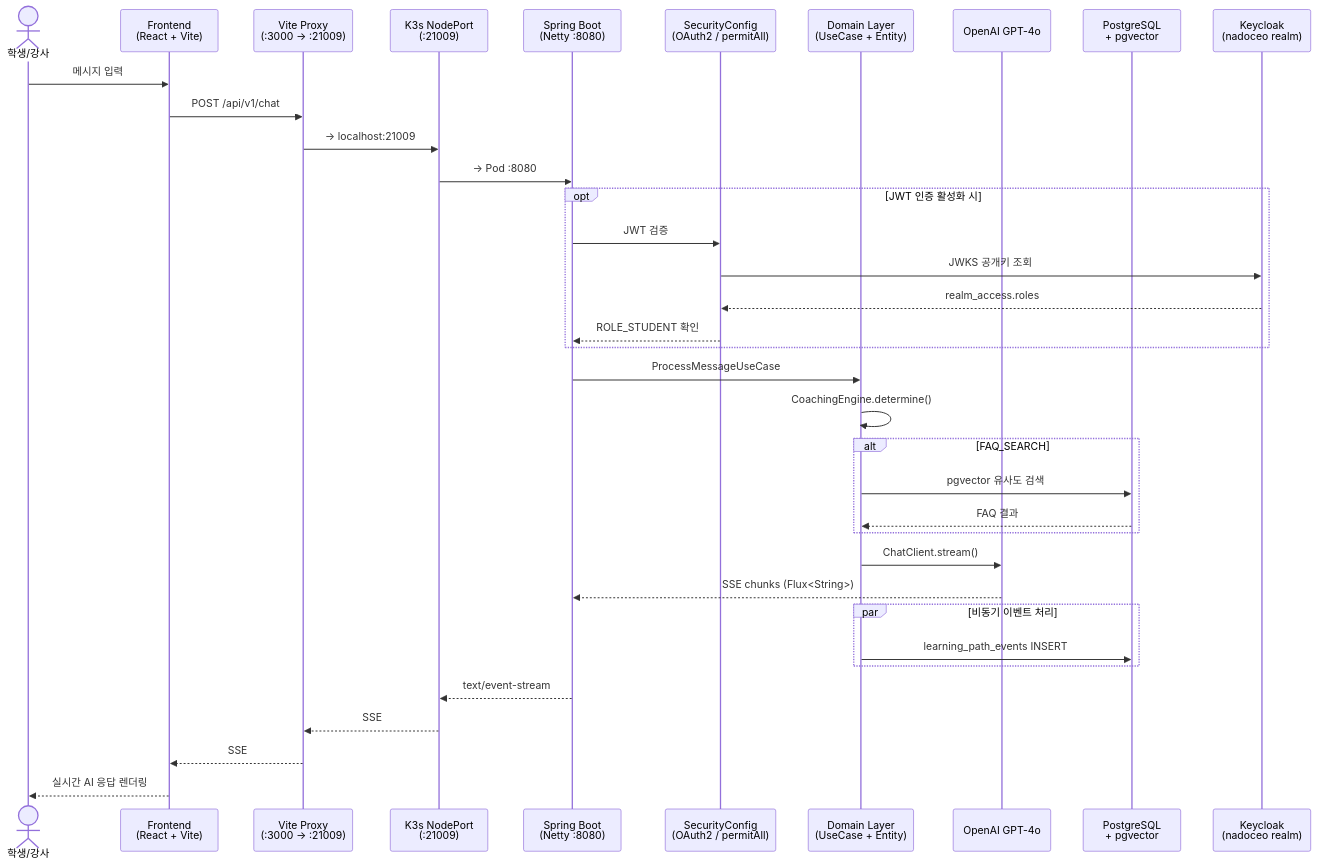
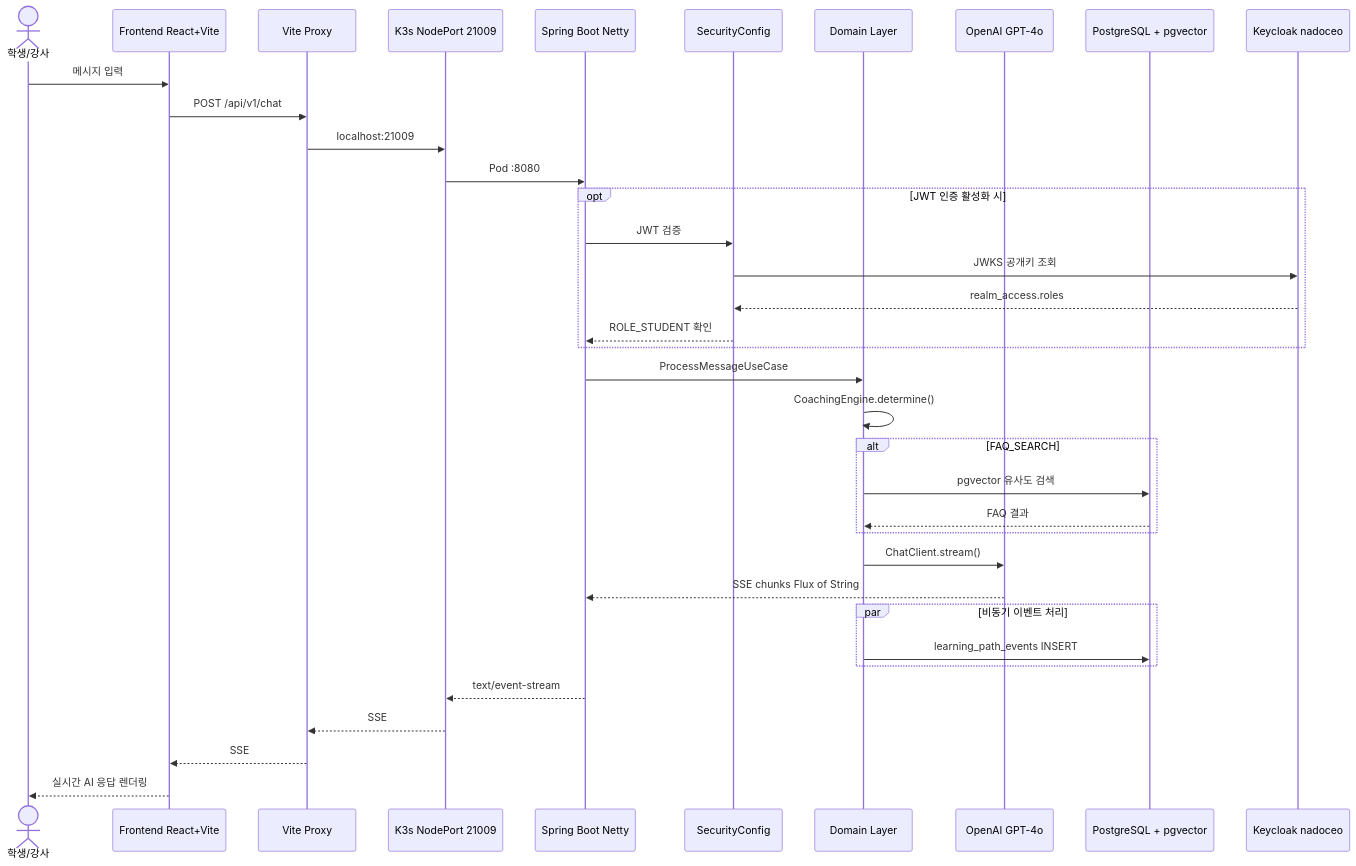
The seventh of 8 diagrams in docs/sequence-diagrams.md (kimuragen23/nadoCEO_BE), drawn with Mermaid before and after one commit. The commit also changed other lines of this file, not shown here.

First line of the commit message:
fix: Mermaid 시퀀스 다이어그램 렌더링 오류 수정

````diff
--- a/docs/sequence-diagrams.md
+++ b/docs/sequence-diagrams.md
@@ -268,45 +268,45 @@
 ```mermaid
 sequenceDiagram
     actor User as 학생/강사
-    participant FE as Frontend<br/>(React + Vite)
-    participant Proxy as Vite Proxy<br/>(:3000 → :21009)
-    participant K3s as K3s NodePort<br/>(:21009)
-    participant Boot as Spring Boot<br/>(Netty :8080)
-    participant Security as SecurityConfig<br/>(OAuth2 / permitAll)
-    participant Domain as Domain Layer<br/>(UseCase + Entity)
+    participant FE as Frontend React+Vite
+    participant Proxy as Vite Proxy
+    participant K3s as K3s NodePort 21009
+    participant Boot as Spring Boot Netty
+    participant Security as SecurityConfig
+    participant Domain as Domain Layer
     participant AI as OpenAI GPT-4o
-    participant PG as PostgreSQL<br/>+ pgvector
-    participant KC as Keycloak<br/>(nadoceo realm)
+    participant PG as PostgreSQL + pgvector
+    participant KC as Keycloak nadoceo
 
     User->>FE: 메시지 입력
     FE->>Proxy: POST /api/v1/chat
-    Proxy->>K3s: → localhost:21009
-    K3s->>Boot: → Pod :8080
+    Proxy->>K3s: localhost:21009
+    K3s->>Boot: Pod :8080
 
     opt JWT 인증 활성화 시
         Boot->>Security: JWT 검증
         Security->>KC: JWKS 공개키 조회
         KC-->>Security: realm_access.roles
         Security-->>Boot: ROLE_STUDENT 확인
     end
 
     Boot->>Domain: ProcessMessageUseCase
     Domain->>Domain: CoachingEngine.determine()
 
     alt FAQ_SEARCH
         Domain->>PG: pgvector 유사도 검색
         PG-->>Domain: FAQ 결과
     end
 
     Domain->>AI: ChatClient.stream()
-    AI-->>Boot: SSE chunks (Flux<String>)
+    AI-->>Boot: SSE chunks Flux of String
 
     par 비동기 이벤트 처리
         Domain->>PG: learning_path_events INSERT
     end
 
     Boot-->>K3s: text/event-stream
     K3s-->>Proxy: SSE
     Proxy-->>FE: SSE
     FE-->>User: 실시간 AI 응답 렌더링
 ```
````
